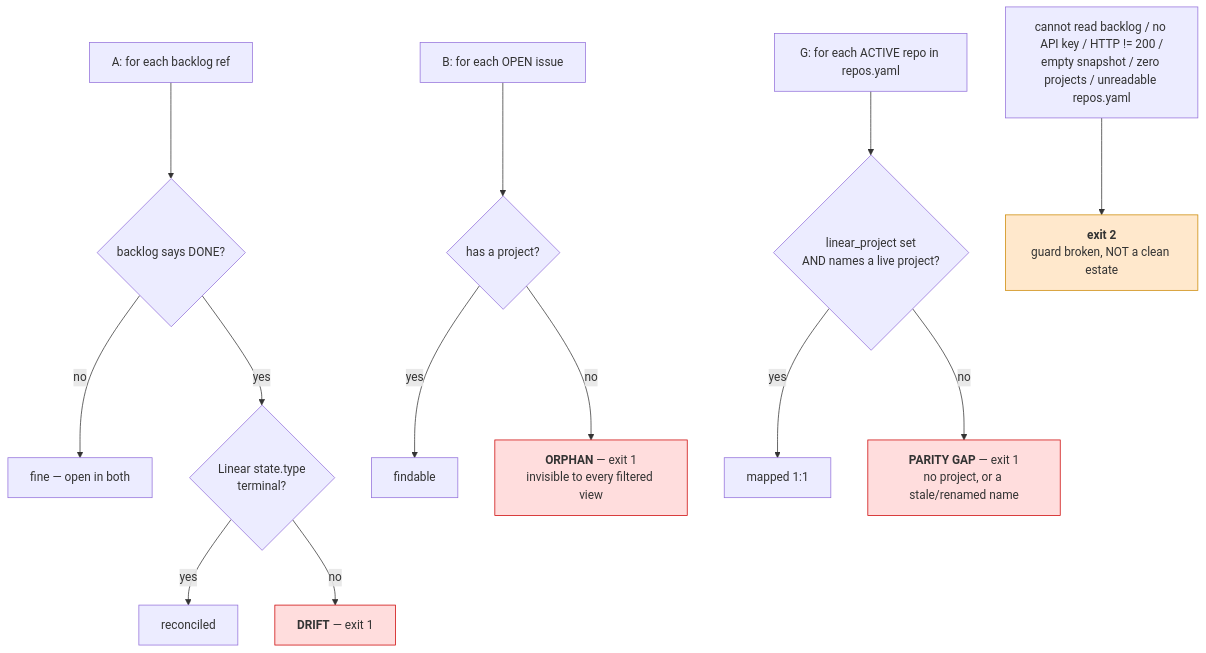
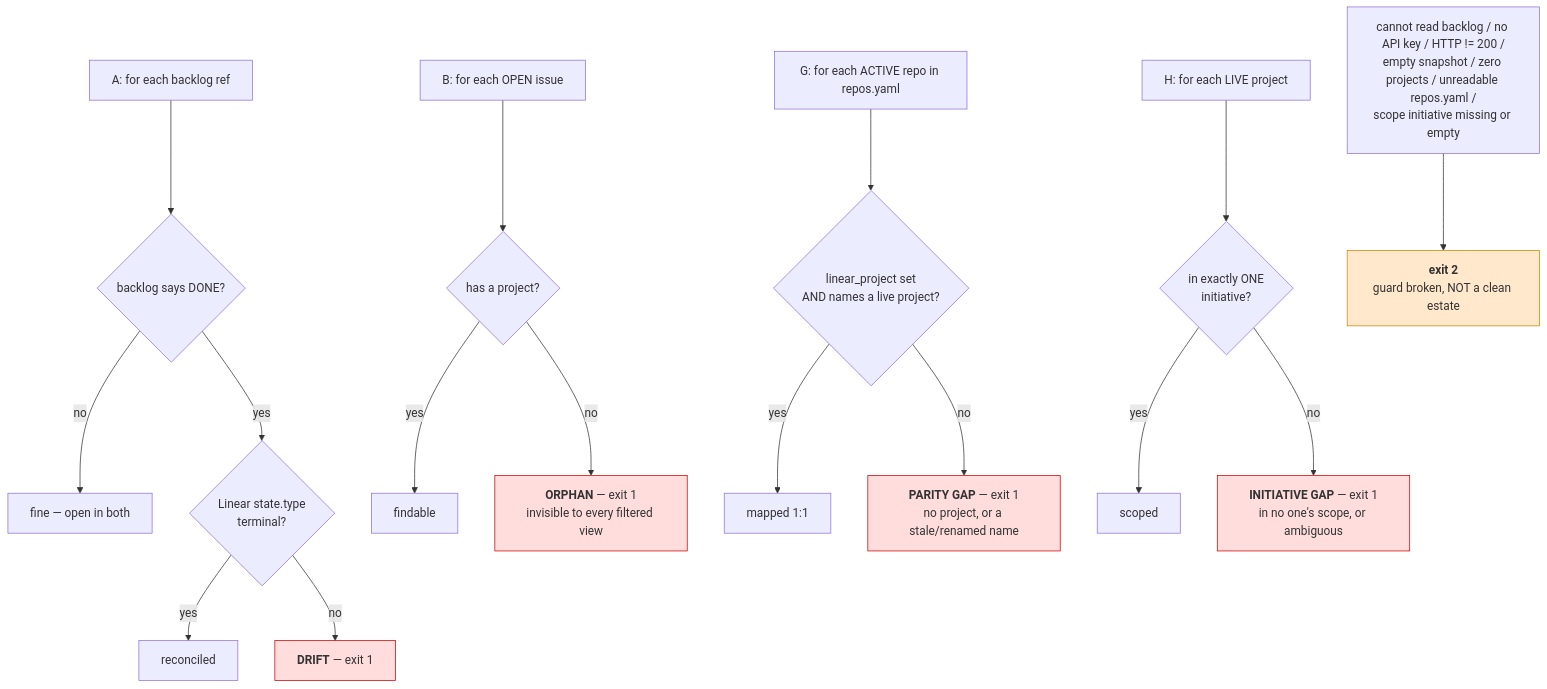
Before and after one commit to edtbl76/weyland-lab: the third of 3 diagrams in docs/diagrams/flow-linear-sync.md, drawn with Mermaid. The commit also changed other lines of this file and 16 other files, not shown here.

````diff
--- a/docs/diagrams/flow-linear-sync.md
+++ b/docs/diagrams/flow-linear-sync.md
@@ -68,23 +77,28 @@
 ```mermaid
 flowchart TD
     A["A: for each backlog ref"] --> B{"backlog says DONE?"}
     B -- no --> OK1["fine — open in both"]
     B -- yes --> C{"Linear state.type<br/>terminal?"}
     C -- yes --> OK2["reconciled"]
     C -- no --> D["<b>DRIFT</b> — exit 1"]
 
     E["B: for each OPEN issue"] --> F{"has a project?"}
     F -- yes --> OK3["findable"]
     F -- no --> G["<b>ORPHAN</b> — exit 1<br/>invisible to every filtered view"]
 
     J["G: for each ACTIVE repo in repos.yaml"] --> K{"linear_project set<br/>AND names a live project?"}
     K -- yes --> OK4["mapped 1:1"]
     K -- no --> L2["<b>PARITY GAP</b> — exit 1<br/>no project, or a stale/renamed name"]
 
-    H["cannot read backlog / no API key / HTTP != 200 /<br/>empty snapshot / zero projects / unreadable repos.yaml"] --> I["<b>exit 2</b><br/>guard broken, NOT a clean estate"]
+    M["H: for each LIVE project"] --> N{"in exactly ONE<br/>initiative?"}
+    N -- yes --> OK5["scoped"]
+    N -- no --> N2["<b>INITIATIVE GAP</b> — exit 1<br/>in no one's scope, or ambiguous"]
+
+    H["cannot read backlog / no API key / HTTP != 200 /<br/>empty snapshot / zero projects / unreadable repos.yaml /<br/>scope initiative missing or empty"] --> I["<b>exit 2</b><br/>guard broken, NOT a clean estate"]
 
     style D fill:#ffdddd,stroke:#cc0000
     style G fill:#ffdddd,stroke:#cc0000
     style L2 fill:#ffdddd,stroke:#cc0000
+    style N2 fill:#ffdddd,stroke:#cc0000
     style I fill:#ffe8cc,stroke:#cc8800
 ```
````
